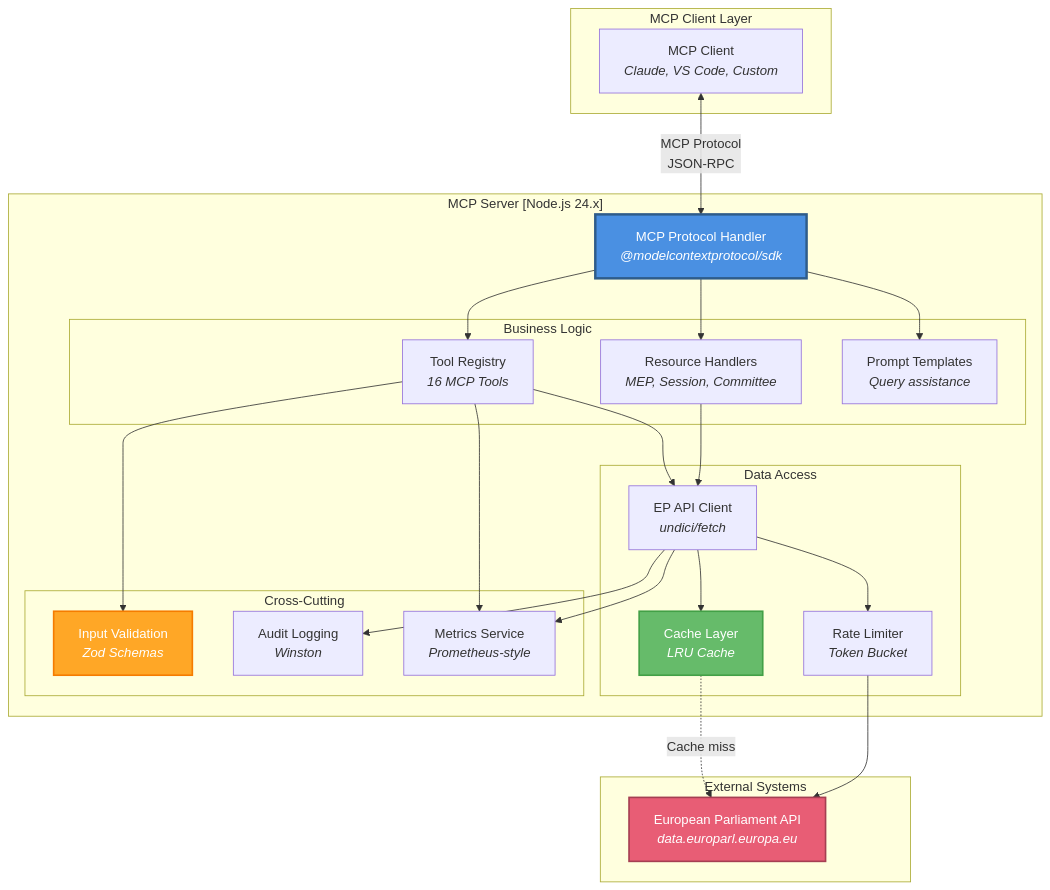
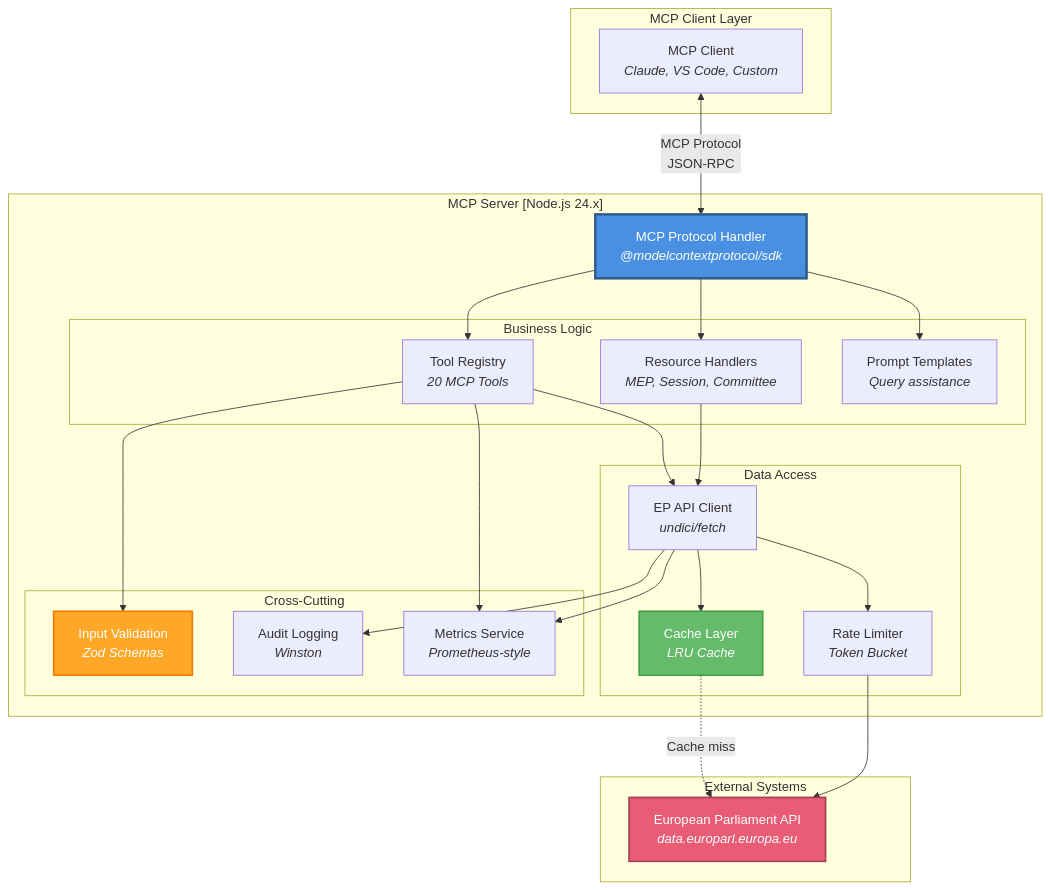
Before and after one commit to Hack23/European-Parliament-MCP-Server: the second of 14 diagrams in ARCHITECTURE_DIAGRAMS.md, drawn with Mermaid. The commit also changed other lines of this file and 8 other files, not shown here.

````diff
--- a/ARCHITECTURE_DIAGRAMS.md
+++ b/ARCHITECTURE_DIAGRAMS.md
@@ -114,56 +114,56 @@
 ```mermaid
 graph TB
     subgraph "MCP Client Layer"
         CLIENT[MCP Client<br/><i>Claude, VS Code, Custom</i>]
     end
     
     subgraph "MCP Server [Node.js 24.x]"
         SERVER[MCP Protocol Handler<br/><i>@modelcontextprotocol/sdk</i>]
         
         subgraph "Business Logic"
-            TOOLS[Tool Registry<br/><i>16 MCP Tools</i>]
+            TOOLS[Tool Registry<br/><i>20 MCP Tools</i>]
             RESOURCES[Resource Handlers<br/><i>MEP, Session, Committee</i>]
             PROMPTS[Prompt Templates<br/><i>Query assistance</i>]
         end
         
         subgraph "Data Access"
             API_CLIENT[EP API Client<br/><i>undici/fetch</i>]
             CACHE[Cache Layer<br/><i>LRU Cache</i>]
             RATE_LIMITER[Rate Limiter<br/><i>Token Bucket</i>]
         end
         
         subgraph "Cross-Cutting"
             VALIDATION[Input Validation<br/><i>Zod Schemas</i>]
             LOGGING[Audit Logging<br/><i>Winston</i>]
             METRICS[Metrics Service<br/><i>Prometheus-style</i>]
         end
     end
     
     subgraph "External Systems"
         EP_API[European Parliament API<br/><i>data.europarl.europa.eu</i>]
     end
     
     CLIENT <-->|MCP Protocol<br/>JSON-RPC| SERVER
     SERVER --> TOOLS
     SERVER --> RESOURCES
     SERVER --> PROMPTS
     
     TOOLS --> VALIDATION
     TOOLS --> API_CLIENT
     RESOURCES --> API_CLIENT
     
     API_CLIENT --> CACHE
     API_CLIENT --> RATE_LIMITER
     API_CLIENT --> LOGGING
     
     CACHE -.->|Cache miss| EP_API
     RATE_LIMITER --> EP_API
     
     TOOLS --> METRICS
     API_CLIENT --> METRICS
     
     style SERVER fill:#4A90E2,stroke:#2E5C8A,stroke-width:3px,color:#fff
     style EP_API fill:#E85D75,stroke:#A53F52,stroke-width:2px,color:#fff
     style CACHE fill:#66BB6A,stroke:#43A047,stroke-width:2px,color:#fff
     style VALIDATION fill:#FFA726,stroke:#F57C00,stroke-width:2px,color:#fff
 ```
````
